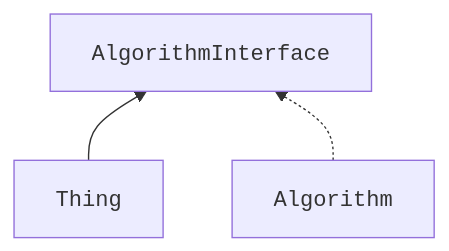
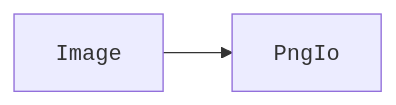
One commit to cpp-for-yourself/lectures-and-homeworks changed the second of 5 diagrams in lectures/inheritance.md. Above: the diagram before and after it, drawn with Mermaid. The commit also changed other lines of this file, not shown here.

````diff
--- a/lectures/inheritance.md
+++ b/lectures/inheritance.md
@@ -66,5 +99,4 @@
 ```mermaid
-graph BT
-  A[<code>Thing</code>] --> I[<code>AlgorithmInterface</code>]
-  B[<code>Algorithm</code>] -.-> I[<code>AlgorithmInterface</code>]
+graph LR
+  A[<code>Image</code>] --> B[<code>PngIo</code>]
 ```
````
